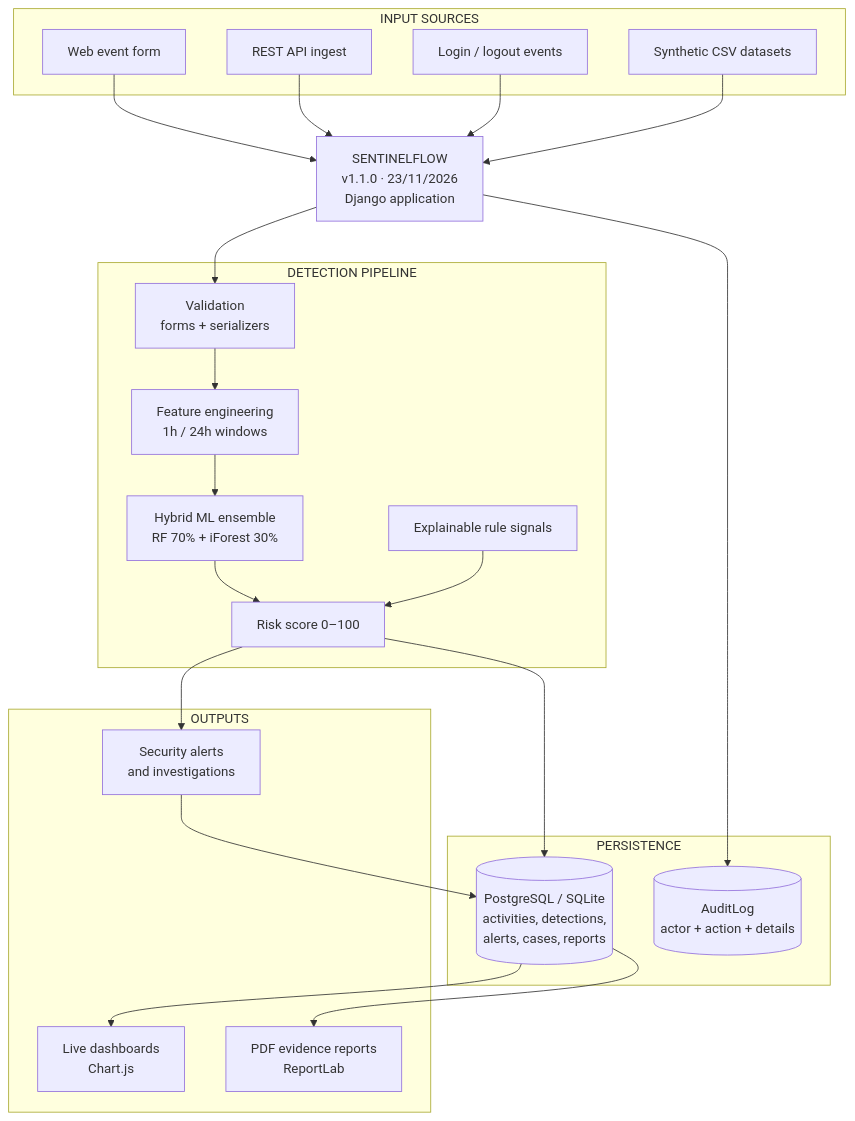
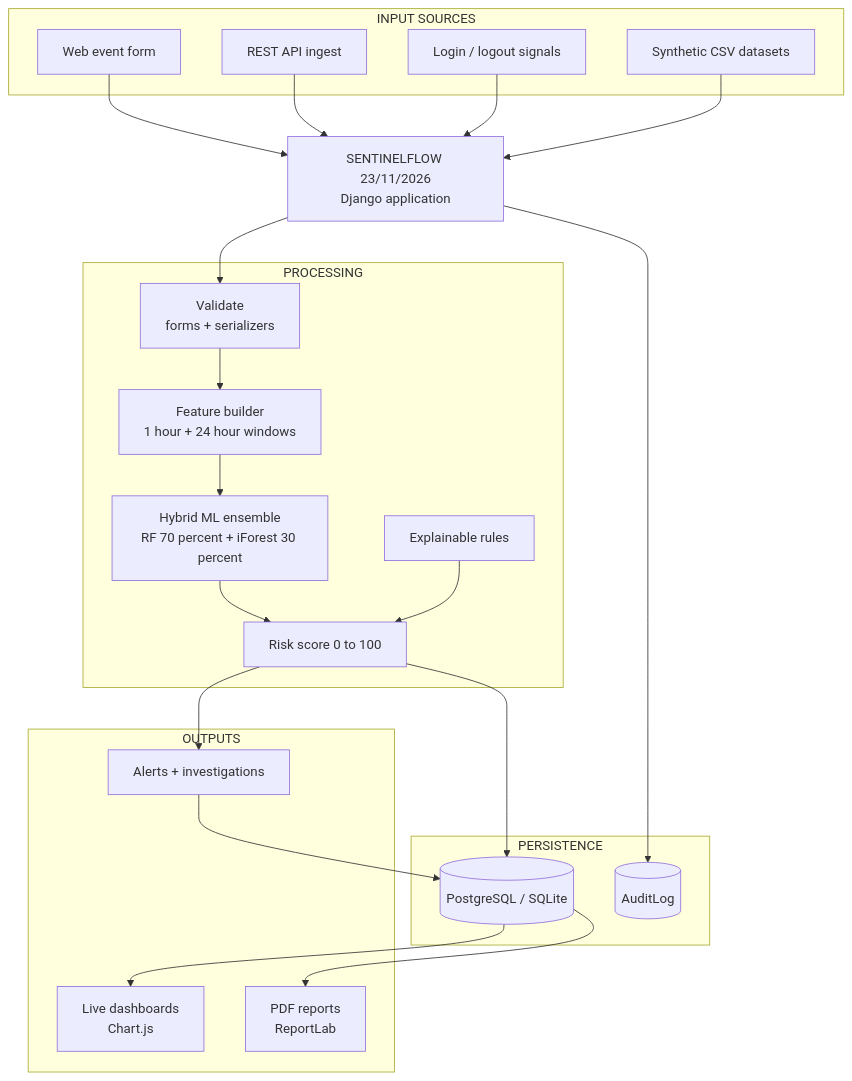
The first of 8 diagrams in SENTINELFLOW/README.md (Njbalamani/SENTINELFLOW), drawn with Mermaid before and after one commit. The commit also changed other lines of this file and 3 other files, not shown here.

````diff
--- a/SENTINELFLOW/README.md
+++ b/SENTINELFLOW/README.md
@@ -57,42 +88,43 @@
 ```mermaid
 flowchart TB
-    subgraph SOURCES["INPUT SOURCES"]
-        UI["Web event form"]
-        API["REST API ingest"]
-        AUTH["Login / logout events"]
-        CSV["Synthetic CSV datasets"]
+    subgraph SRC["INPUT SOURCES"]
+        A1["Web event form"]
+        A2["REST API ingest"]
+        A3["Login / logout signals"]
+        A4["Synthetic CSV datasets"]
     end
 
-    CORE["SENTINELFLOW<br/>v1.1.0 · 23/11/2026<br/>Django application"]
+    CORE["SENTINELFLOW 23/11/2026<br/>Django application"]
 
-    subgraph PIPELINE["DETECTION PIPELINE"]
-        VALID["Validation<br/>forms + serializers"]
-        FEAT["Feature engineering<br/>1h / 24h windows"]
-        ML["Hybrid ML ensemble<br/>RF 70% + iForest 30%"]
-        RULES["Explainable rule signals"]
-        RISK["Risk score 0–100"]
+    subgraph PROC["PROCESSING"]
+        V["Validate<br/>forms + serializers"]
+        F["Feature builder<br/>1 hour + 24 hour windows"]
+        M["Hybrid ML ensemble<br/>RF 70 percent + iForest 30 percent"]
+        R["Explainable rules"]
+        S["Risk score 0 to 100"]
     end
 
     subgraph DATA["PERSISTENCE"]
-        DB[("PostgreSQL / SQLite<br/>activities, detections,<br/>alerts, cases, reports")]
-        AUD[("AuditLog<br/>actor + action + details")]
+        DB[("PostgreSQL / SQLite")]
+        AUD[("AuditLog")]
     end
 
-    subgraph OUTPUT["OUTPUTS"]
-        DASH["Live dashboards<br/>Chart.js"]
-        PDF["PDF evidence reports<br/>ReportLab"]
-        NOTIFY["Security alerts<br/>and investigations"]
+    subgraph OUT["OUTPUTS"]
+        D["Live dashboards<br/>Chart.js"]
+        P["PDF reports<br/>ReportLab"]
+        AL["Alerts + investigations"]
     end
 
-    UI --> CORE
-    API --> CORE
-    AUTH --> CORE
-    CSV --> CORE
-    CORE --> VALID --> FEAT --> ML --> RISK
-    RULES --> RISK
-    RISK --> DB
+    A1 --> CORE
+    A2 --> CORE
+    A3 --> CORE
+    A4 --> CORE
+    CORE --> V --> F --> M --> S
+    R --> S
+    S --> DB
+    S --> AL
     CORE --> AUD
-    DB --> DASH
-    DB --> PDF
-    RISK --> NOTIFY --> DB
+    DB --> D
+    DB --> P
+    AL --> DB
 ```
````
